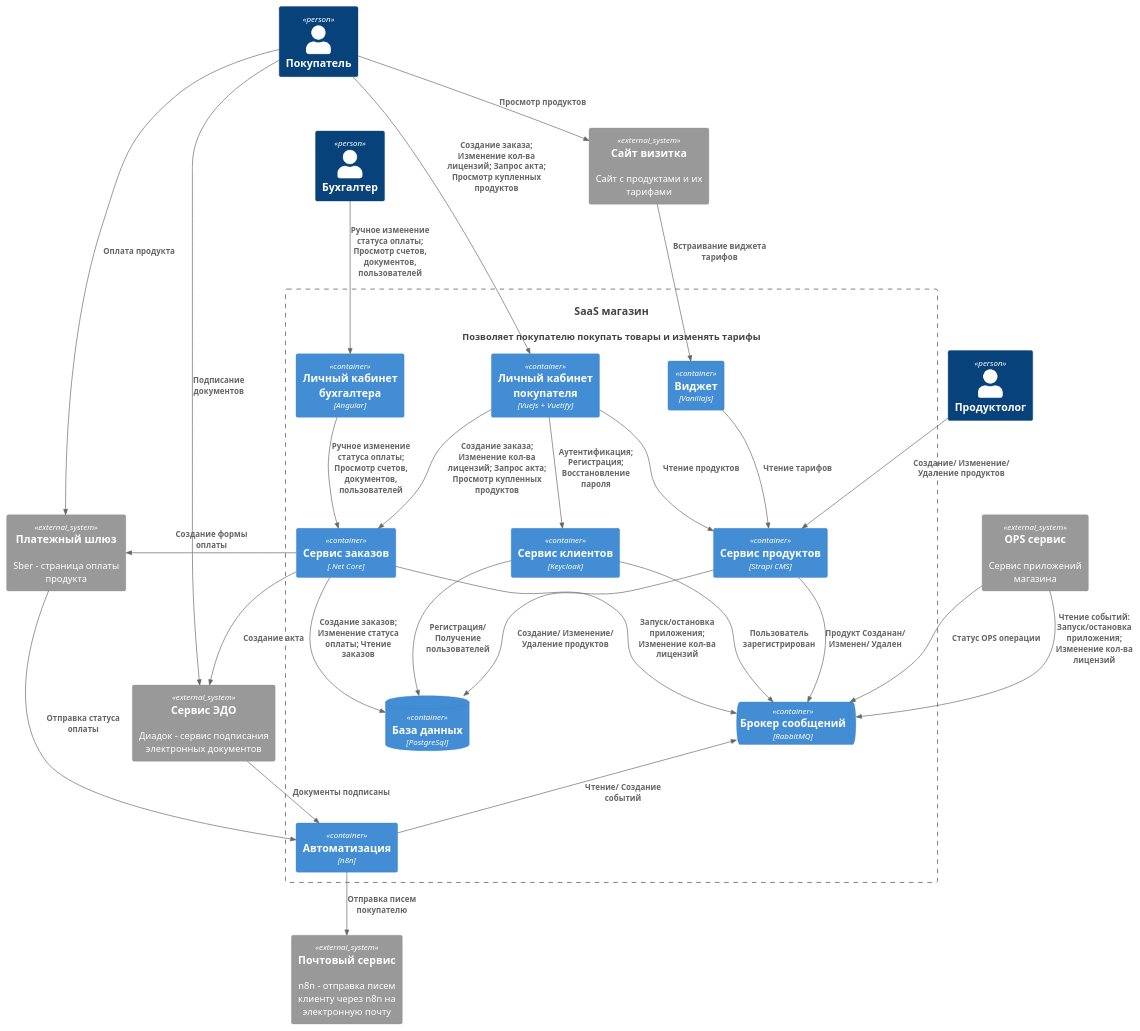
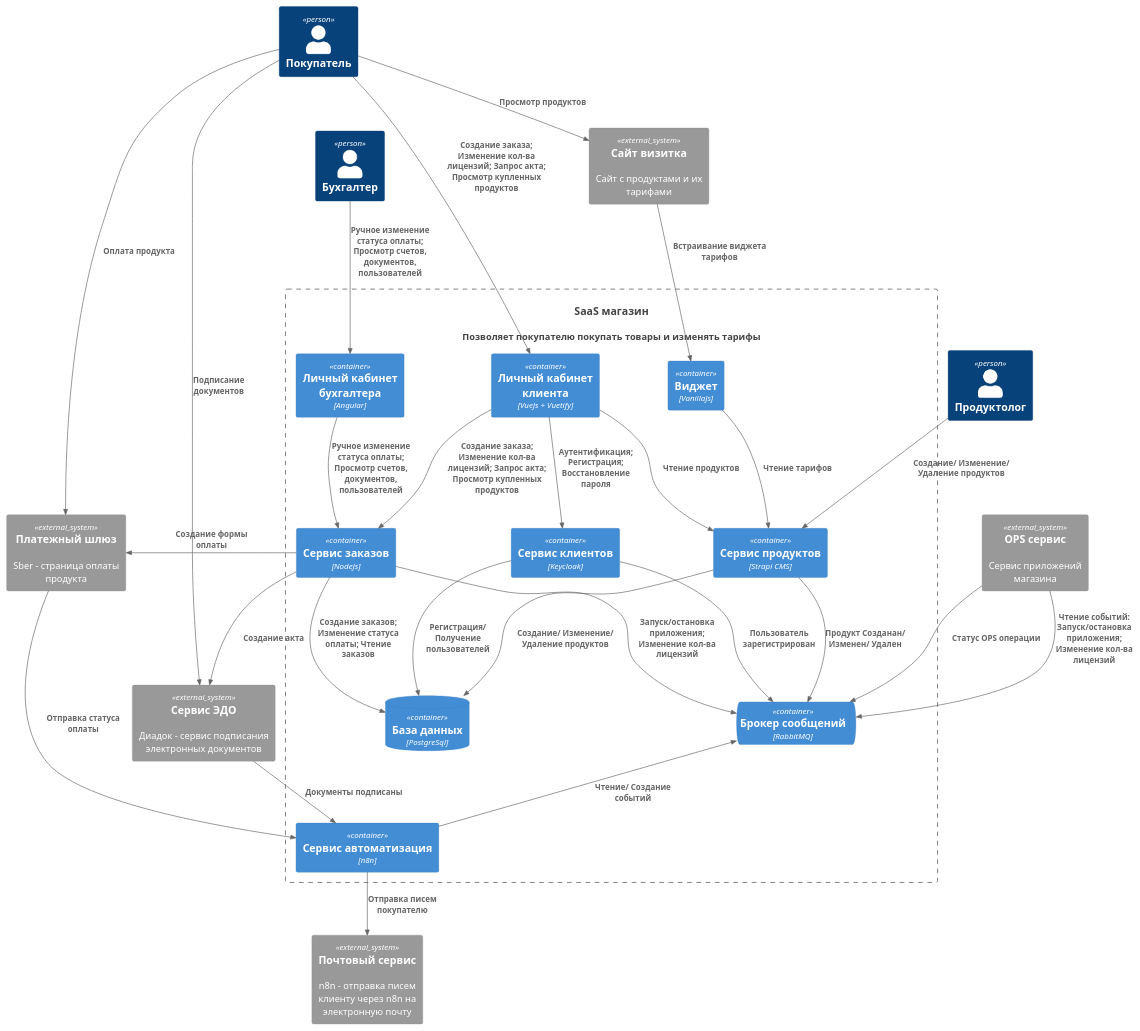
Before and after one commit to kelvionald/saas-shop: the diagram in docs/c4/2.container-v3.puml, drawn with PlantUML.

```diff
--- a/docs/c4/2.container-v3.puml
+++ b/docs/c4/2.container-v3.puml
@@ -1,67 +1,67 @@
 @startuml
 !include https://raw.githubusercontent.com/plantuml-stdlib/C4-PlantUML/master/C4_Container.puml
 
 Person(user_customer, "Покупатель")
 Person(user_accountant, "Бухгалтер")
 Person(user_programmer, "Продуктолог")
 
 System(system_shop, "SaaS магазин", "Позволяет покупателю покупать товары и изменять тарифы")
 
 System_Ext(system_email, "Почтовый сервис", "n8n - отправка писем клиенту через n8n на электронную почту")
 System_Ext(system_bank, "Платежный шлюз", "Sber - страница оплаты продукта")
 System_Ext(system_docs, "Сервис ЭДО", "Диадок - сервис подписания электронных документов")
 System_Ext(system_ops, "OPS сервис", "Сервис приложений магазина")
 System_Ext(system_site, "Сайт визитка", "Сайт с продуктами и их тарифами")
 
 System_Boundary(system_shop, "SaaS магазин") {
     ContainerQueue(system_queue, "Брокер сообщений", "RabbitMQ")
-    Container(system_flow, "Автоматизация", "n8n")
+    Container(system_flow, "Сервис автоматизация", "n8n")
 
     Container(system_admin, "Сервис продуктов", "Strapi CMS")
     Container(system_sign, "Сервис клиентов", "Keycloak")
-    Container(system_billing, "Сервис заказов", ".Net Core")
+    Container(system_billing, "Сервис заказов", "NodeJs")
     
-    Container(system_account_front, "Личный кабинет покупателя", "VueJs + Vuetify")
+    Container(system_account_front, "Личный кабинет\n клиента", "VueJs + Vuetify")
     Container(container_widget, "Виджет", "VanillaJs")
     Container(container_accountant_admin, "Личный кабинет бухгалтера", "Angular")
     
     ContainerDb(container_db, "База данных", "PostgreSql")
 }
 
 Rel(system_site, container_widget, "Встраивание виджета тарифов")
 Rel(container_widget, system_admin, "Чтение тарифов")
 
 Rel(user_accountant, container_accountant_admin, "Ручное изменение статуса оплаты; Просмотр счетов, документов, пользователей")
 Rel(container_accountant_admin, system_billing, "Ручное изменение статуса оплаты; Просмотр счетов, документов, пользователей")
 
 Rel(user_programmer, system_admin, "Создание/ Изменение/ Удаление продуктов")
 
 Rel(system_admin, container_db, "Создание/ Изменение/ Удаление продуктов")
 Rel(system_sign, container_db, "Регистрация/ Получение пользователей")
 Rel(system_billing, container_db, "Создание заказов; Изменение статуса оплаты; Чтение заказов")
 
 Rel(system_account_front, system_admin, "Чтение продуктов")
 Rel(system_account_front, system_billing, "Создание заказа; Изменение кол-ва лицензий; Запрос акта; Просмотр купленных продуктов")
 Rel(user_customer, system_account_front, "Создание заказа; Изменение кол-ва лицензий; Запрос акта; Просмотр купленных продуктов")
 Rel(user_customer, system_site, "Просмотр продуктов")
 Rel(system_account_front, system_sign, "Аутентификация; Регистрация; Восстановление пароля")
 
 Rel(user_customer, system_bank, "Оплата продукта")
 Rel(user_customer, system_docs, "Подписание документов")
 Rel_L(system_billing, system_bank, "Создание формы оплаты")
 Rel(system_bank, system_flow, "Отправка статуса оплаты")
 
 Rel(system_flow, system_email, "Отправка писем покупателю")
 
 Rel(system_billing, system_docs, "Создание акта")
 
 Rel_U(system_flow, system_queue, "Чтение/ Создание событий")
 Rel(system_admin, system_queue, "Продукт Созданан/ Изменен/ Удален")
 Rel(system_sign, system_queue, "Пользователь зарегистрирован")
 Rel(system_billing, system_queue, "Запуск/остановка приложения; Изменение кол-ва лицензий")
 Rel(system_ops, system_queue, "Статус OPS операции")
 Rel(system_ops, system_queue, "Чтение событий: Запуск/остановка приложения; Изменение кол-ва лицензий")
 
 Rel(system_docs, system_flow, "Документы подписаны")
 
 @enduml
```
